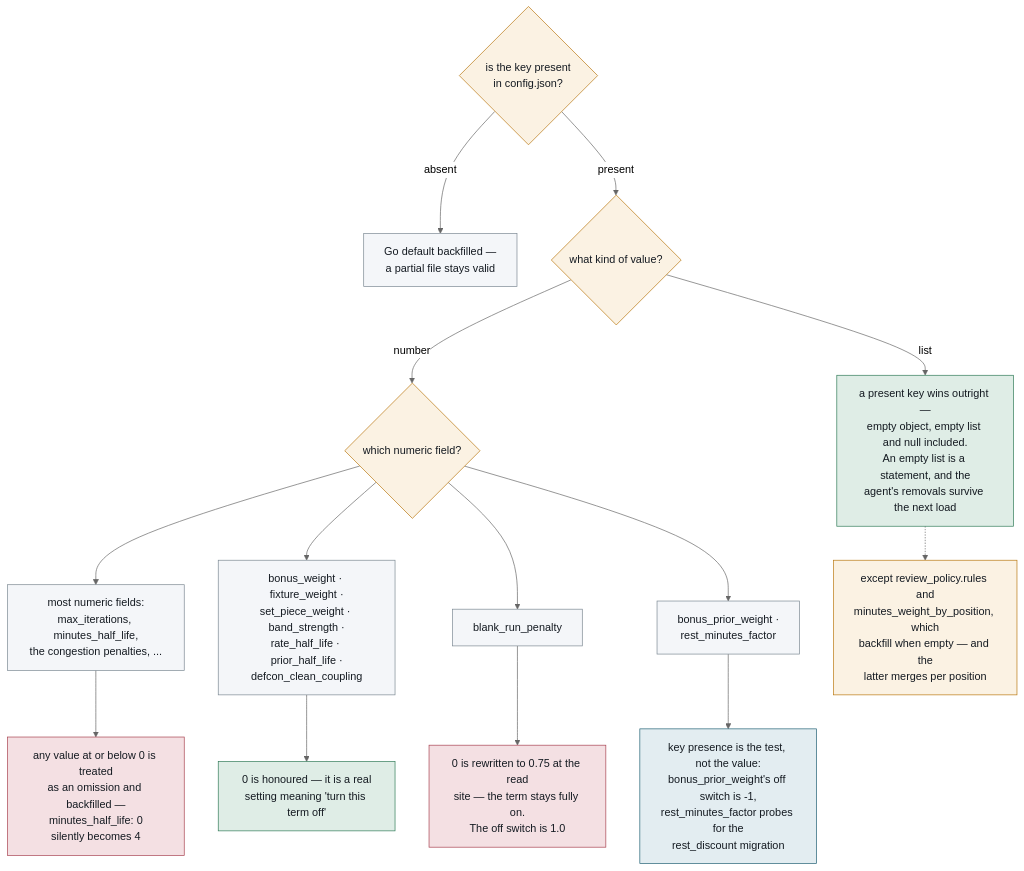
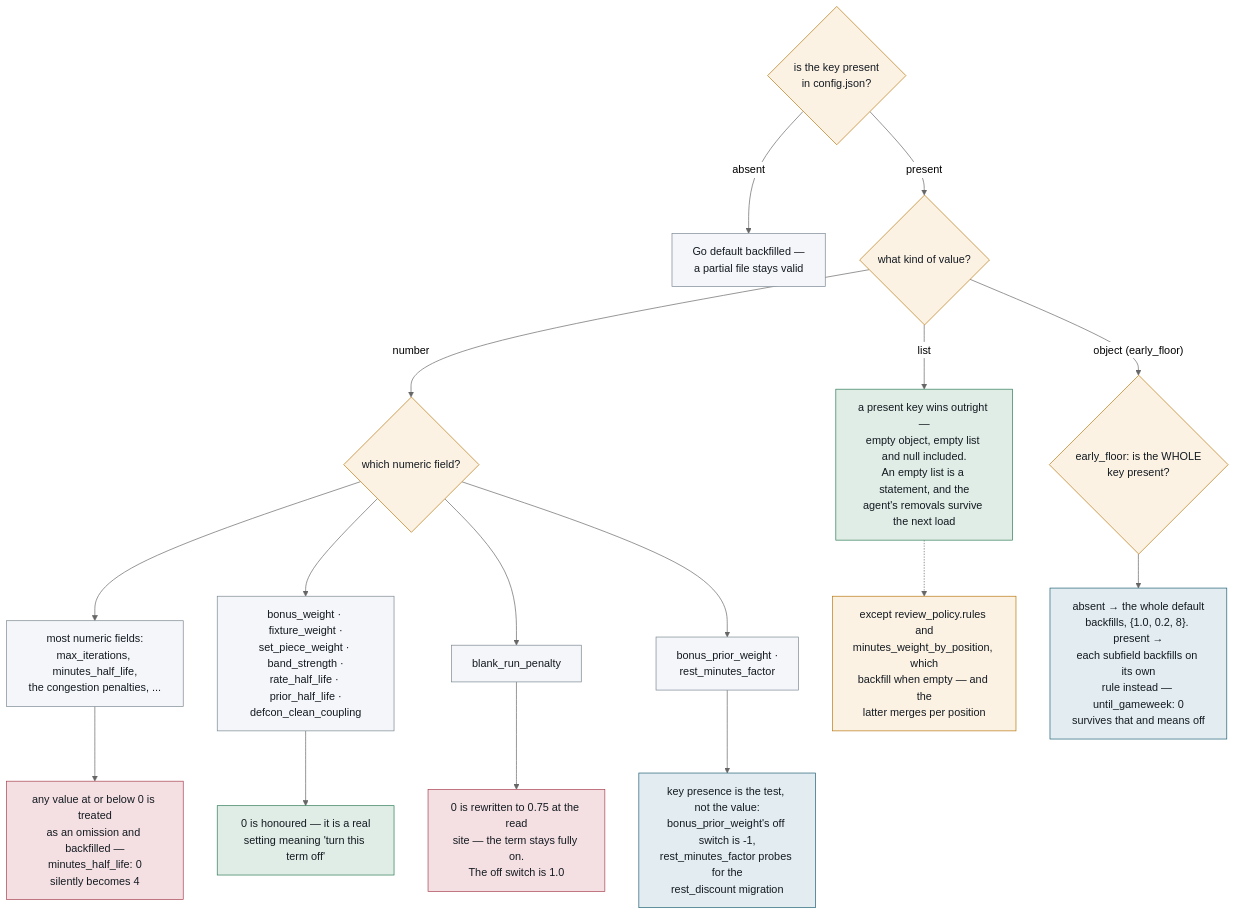
Before and after one commit to beeradb/FPL-Armband: the first of 3 diagrams in docs/configuration.md, drawn with Mermaid (neutral theme).

Commit message:
Add early_floor's whole-key probe to the backfill diagram
fpl-docs-review caught it on the previous commit: the prose above the
diagram now says three fields need key-presence probing, but the
diagram's shape node only ever branched on "number" and "list" --
early_floor is a JSON object, so it had nowhere to attach and the
diagram still showed two.

````diff
--- a/docs/configuration.md
+++ b/docs/configuration.md
@@ -59,40 +59,45 @@
 ```mermaid
 flowchart TB
     key{"is the key present<br/>in config.json?"}
     def["Go default backfilled —<br/>a partial file stays valid"]
     shape{"what kind of value?"}
 
     numgroup{"which numeric field?"}
     most["most numeric fields:<br/>max_iterations, minutes_half_life,<br/>the congestion penalties, ..."]
     trap1["any value at or below 0 is treated<br/>as an omission and backfilled —<br/>minutes_half_life: 0<br/>silently becomes 4"]
     zerook["bonus_weight · fixture_weight ·<br/>set_piece_weight · band_strength ·<br/>rate_half_life · prior_half_life ·<br/>defcon_clean_coupling"]
     honoured["0 is honoured — it is a real<br/>setting meaning 'turn this term off'"]
     brp["blank_run_penalty"]
     trap2["0 is rewritten to 0.75 at the read<br/>site — the term stays fully on.<br/>The off switch is 1.0"]
     probe["bonus_prior_weight ·<br/>rest_minutes_factor"]
     presence["key presence is the test, not the value:<br/>bonus_prior_weight's off switch is -1,<br/>rest_minutes_factor probes for the<br/>rest_discount migration"]
 
     listrule["a present key wins outright —<br/>empty object, empty list and null included.<br/>An empty list is a statement, and the<br/>agent's removals survive the next load"]
     listexc["except review_policy.rules and<br/>minutes_weight_by_position, which<br/>backfill when empty — and the<br/>latter merges per position"]
 
+    objgroup{"early_floor: is the WHOLE<br/>key present?"}
+    objpresent["absent → the whole default<br/>backfills, {1.0, 0.2, 8}. present →<br/>each subfield backfills on its own<br/>rule instead — until_gameweek: 0<br/>survives that and means off"]
+
     key -->|"absent"| def
     key -->|"present"| shape
     shape -->|"number"| numgroup
     shape -->|"list"| listrule
+    shape -->|"object (early_floor)"| objgroup
     numgroup --> most --> trap1
     numgroup --> zerook --> honoured
     numgroup --> brp --> trap2
     numgroup --> probe --> presence
     listrule -.-> listexc
+    objgroup --> objpresent
 
     classDef io fill:#F4E0E3,stroke:#A8404E,color:#141A21
     classDef pure fill:#E3EDF1,stroke:#1F5F73,color:#141A21
     classDef llm fill:#DFEDE6,stroke:#2F7A57,color:#141A21
     classDef test fill:#FBF2E3,stroke:#B9770E,color:#141A21
     classDef muted fill:#F4F6F9,stroke:#7A8791,color:#141A21
-    class key,shape,numgroup,listexc test
+    class key,shape,numgroup,listexc,objgroup test
     class def,most,zerook,brp,probe muted
     class trap1,trap2 io
     class honoured,listrule llm
-    class presence pure
+    class presence,objpresent pure
 ```
````
